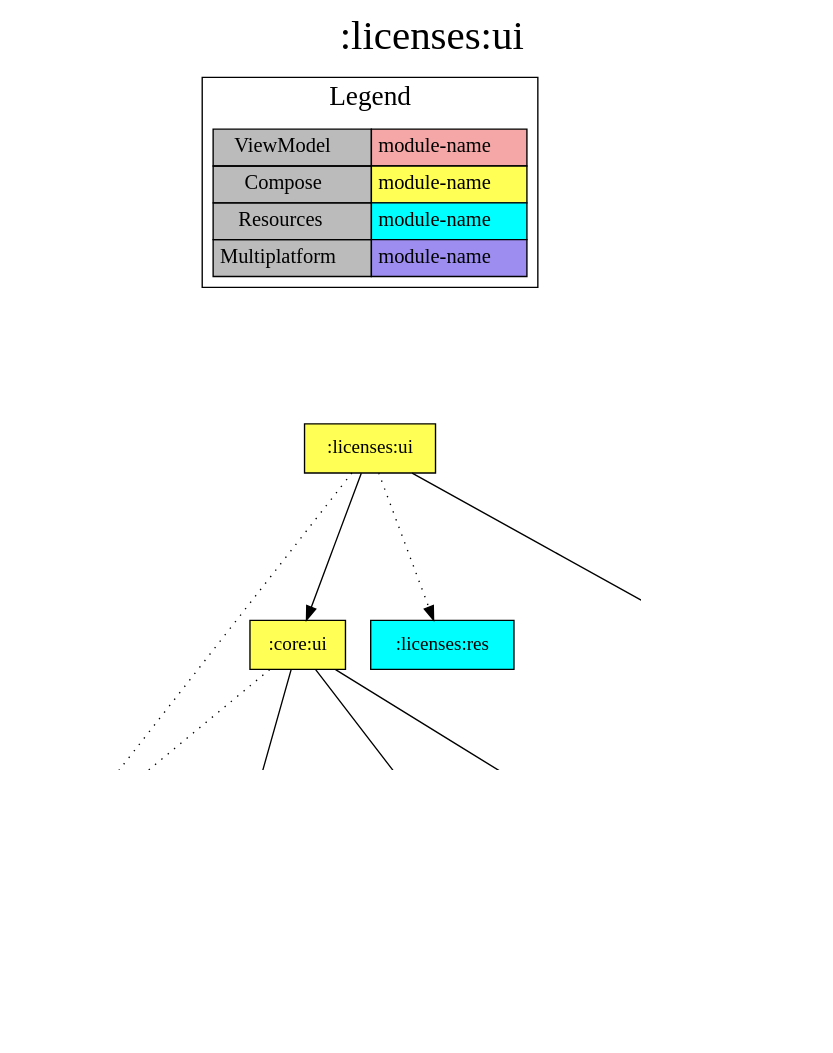
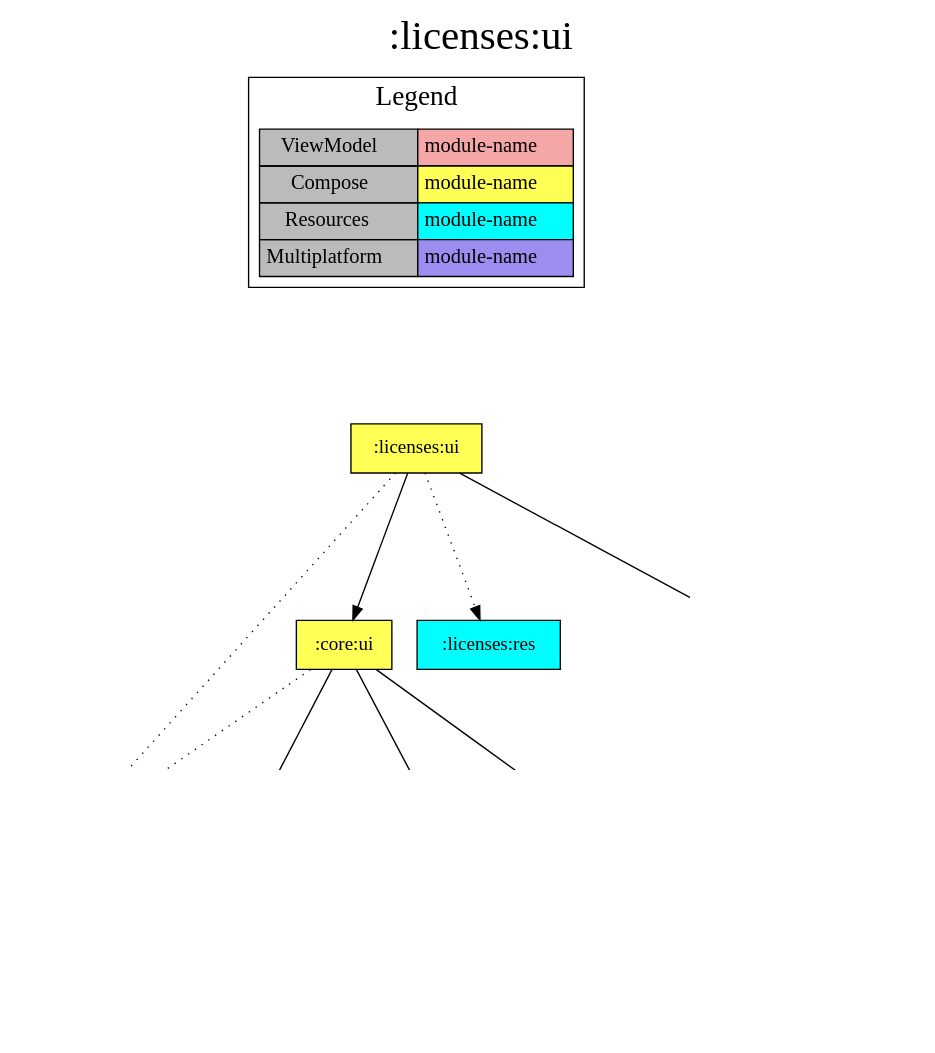
One commit to jonapoul/aktual changed the diagram in modules/licenses/ui/project-dependency-graph.dot. Above: the diagram before and after it, drawn with Graphviz. The commit also changed 89 other files, not shown here.

```diff
--- a/modules/licenses/ui/project-dependency-graph.dot
+++ b/modules/licenses/ui/project-dependency-graph.dot
@@ -1,41 +1,43 @@
 digraph {
 edge ["dir"="forward"]
 graph ["dpi"="100","label"=":licenses:ui","labelloc"="t","fontsize"="30","ranksep"="1.5","rankdir"="TB"]
 node ["style"="filled"]
 ":core:buildconfig" ["fillcolor"="#9D8DF1","shape"="box"]
 ":core:colorscheme" ["fillcolor"="#9D8DF1","shape"="box"]
 ":core:res" ["fillcolor"="#00FFFF","shape"="box"]
 ":core:ui" ["fillcolor"="#FFFF55","shape"="box"]
 ":core:versions" ["fillcolor"="#9D8DF1","shape"="box"]
 ":licenses:data" ["fillcolor"="#9D8DF1","shape"="box"]
 ":licenses:res" ["fillcolor"="#00FFFF","shape"="box"]
 ":licenses:ui" ["fillcolor"="#FFFF55","shape"="box"]
 ":licenses:vm" ["fillcolor"="#F5A6A6","shape"="box"]
+":log" ["fillcolor"="#9D8DF1","shape"="box"]
 ":url:model" ["fillcolor"="#9D8DF1","shape"="box"]
 {
 edge ["dir"="none"]
 graph ["rank"="same"]
 }
 ":core:ui" -> ":core:colorscheme"
 ":core:ui" -> ":core:res" ["style"="dotted"]
 ":core:ui" -> ":core:versions"
 ":core:ui" -> ":url:model"
 ":core:versions" -> ":core:buildconfig"
 ":licenses:ui" -> ":core:res" ["style"="dotted"]
 ":licenses:ui" -> ":core:ui"
 ":licenses:ui" -> ":licenses:res" ["style"="dotted"]
 ":licenses:ui" -> ":licenses:vm"
 ":licenses:vm" -> ":licenses:data"
+":licenses:vm" -> ":log" ["style"="dotted"]
 subgraph "cluster_legend" {
 edge ["dir"="none"]
 graph ["label"="Legend","fontsize"="20"]
 "Legend" ["style"="filled","fillcolor"="#bbbbbb","shape"="none","margin"="0","fontsize"="15","label"=<
 <TABLE BORDER="0" CELLBORDER="1" CELLSPACING="0" CELLPADDING="4">
 <TR><TD>ViewModel</TD><TD BGCOLOR="#F5A6A6">module-name</TD></TR>
 <TR><TD>Compose</TD><TD BGCOLOR="#FFFF55">module-name</TD></TR>
 <TR><TD>Resources</TD><TD BGCOLOR="#00FFFF">module-name</TD></TR>
 <TR><TD>Multiplatform</TD><TD BGCOLOR="#9D8DF1">module-name</TD></TR>
 </TABLE>
 >]
 } -> ":licenses:ui" ["style"="invis"]
 }
```
